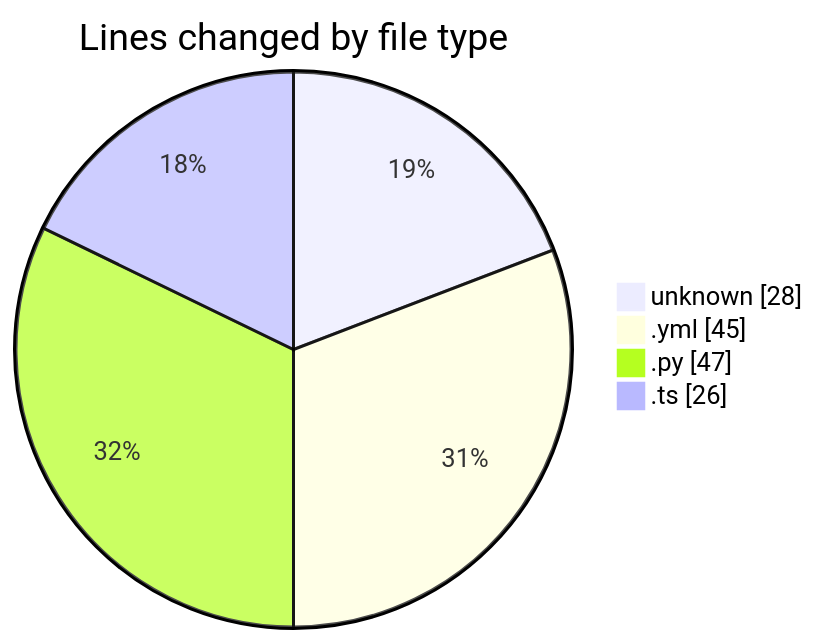
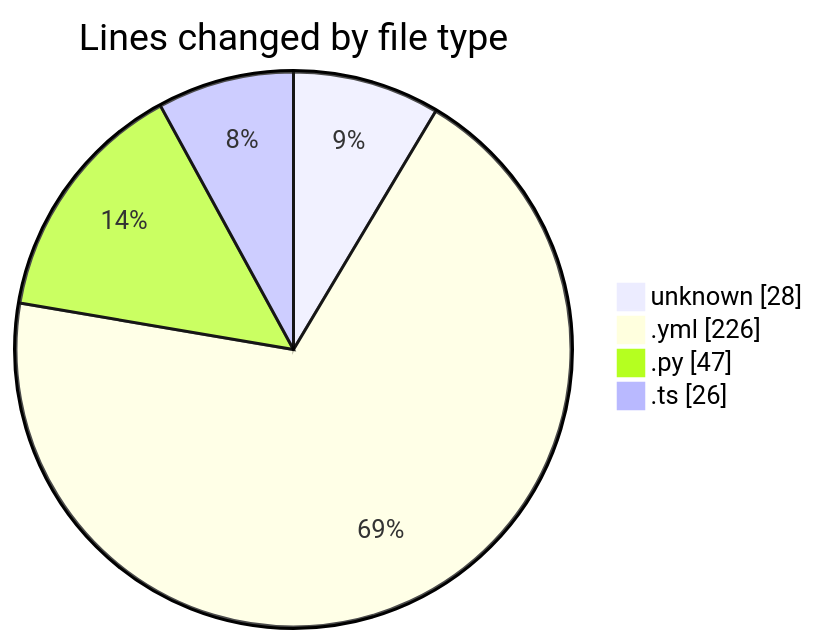
Before and after one commit to Elitesun/code-tracking: the first of 2 diagrams in 2025-05-13/niten/README.md, drawn with Mermaid. The commit also changed other lines of this file and 1 other file, not shown here.

````diff
--- a/2025-05-13/niten/README.md
+++ b/2025-05-13/niten/README.md
@@ -26,8 +26,8 @@
 ```mermaid
 pie showData
 title Lines changed by file type
 "unknown" : 28
-".yml" : 45
+".yml" : 226
 ".py" : 47
 ".ts" : 26
 ```
````
